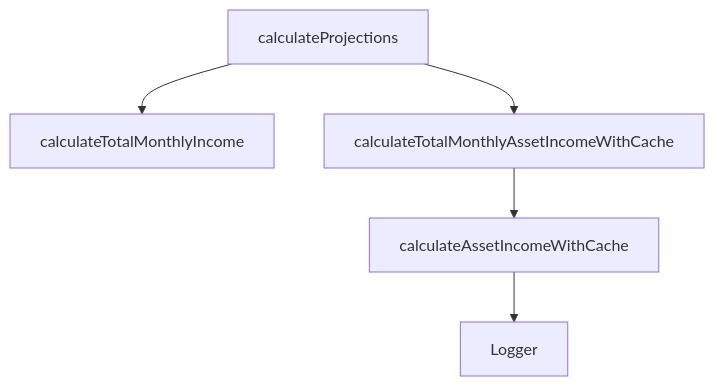
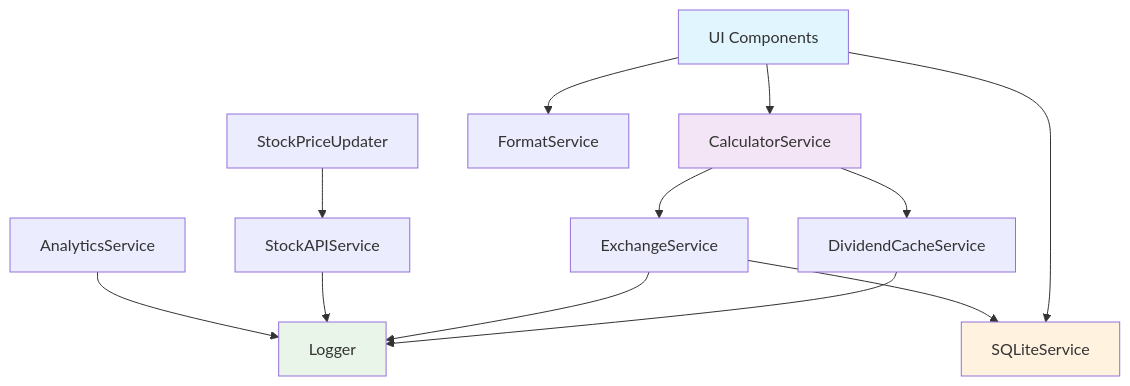
One commit to ChristianScheub/Typescript_PassivIncomeCalculator changed the second of 3 diagrams in src/service/README.md. Above: the diagram before and after it, drawn with Mermaid. The commit also changed other lines of this file and 8 other files, not shown here.

````diff
--- a/src/service/README.md
+++ b/src/service/README.md
@@ -58,7 +151,23 @@
 ```mermaid
 flowchart TD
-    A[calculateProjections] --> B[calculateTotalMonthlyIncome]
-    A --> C[calculateTotalMonthlyAssetIncomeWithCache]
-    C --> D[calculateAssetIncomeWithCache]
-    D --> E[Logger]
+    A[UI Components] --> B[CalculatorService]
+    A --> C[FormatService]
+    A --> D[SQLiteService]
+    
+    B --> E[DividendCacheService]
+    B --> F[ExchangeService]
+    
+    E --> G[Logger]
+    F --> D
+    F --> G
+    
+    H[StockPriceUpdater] --> I[StockAPIService]
+    I --> G
+    
+    J[AnalyticsService] --> G
+    
+    style A fill:#e1f5fe
+    style B fill:#f3e5f5
+    style D fill:#fff3e0
+    style G fill:#e8f5e8
 ```
````
